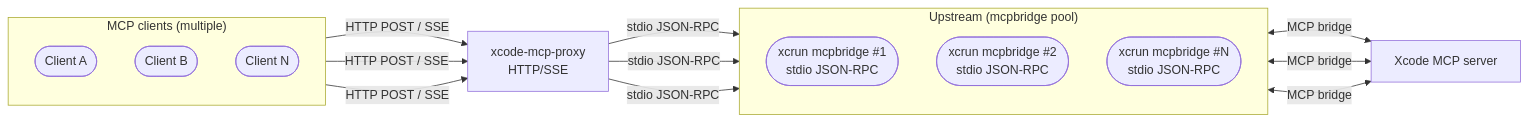
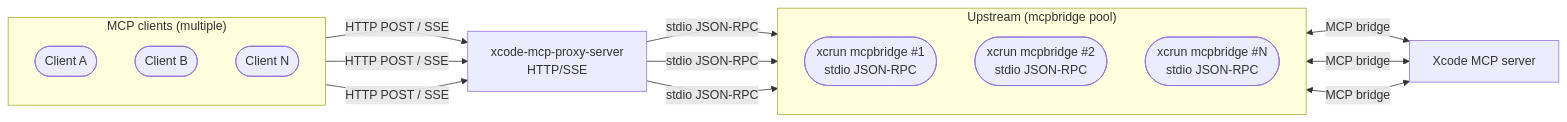
Before and after one commit to romanr/XcodeMCPKit: the first of 2 diagrams in Docs/architecture.md, drawn with Mermaid. The commit also changed other lines of this file and 16 other files, not shown here.

Commit message:
fix: add proxy server --force-restart

````diff
--- a/Docs/architecture.md
+++ b/Docs/architecture.md
@@ -11,27 +11,27 @@
 ```mermaid
 flowchart LR
   subgraph Clients["MCP clients (multiple)"]
     direction TB
     clientA(["Client A"])
     clientB(["Client B"])
     clientN(["Client N"])
   end
-  proxy["xcode-mcp-proxy<br/>HTTP/SSE"]
+  proxy["xcode-mcp-proxy-server<br/>HTTP/SSE"]
   subgraph Upstreams["Upstream (mcpbridge pool)"]
     direction TB
     upstream1(["xcrun mcpbridge #1<br/>stdio JSON-RPC"])
     upstream2(["xcrun mcpbridge #2<br/>stdio JSON-RPC"])
     upstreamN(["xcrun mcpbridge #N<br/>stdio JSON-RPC"])
   end
   xcode["Xcode MCP server"]
 
   clientA -->|HTTP POST / SSE| proxy
   clientB -->|HTTP POST / SSE| proxy
   clientN -->|HTTP POST / SSE| proxy
   proxy -->|stdio JSON-RPC| upstream1
   proxy -->|stdio JSON-RPC| upstream2
   proxy -->|stdio JSON-RPC| upstreamN
   upstream1 <--> |MCP bridge| xcode
   upstream2 <--> |MCP bridge| xcode
   upstreamN <--> |MCP bridge| xcode
 ```
````
